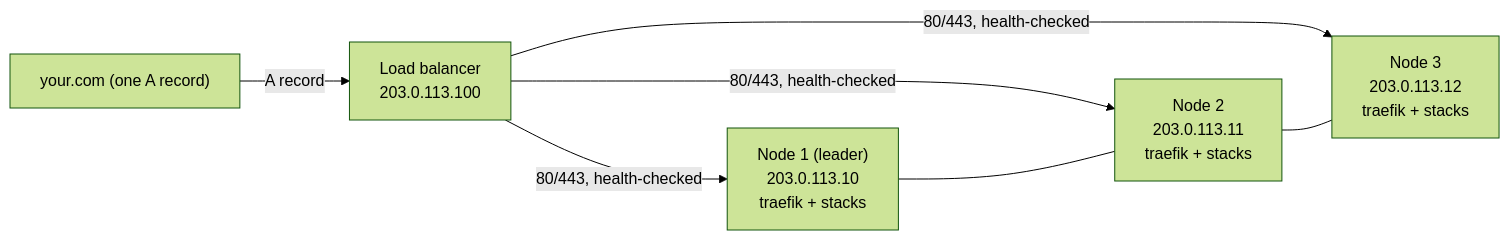
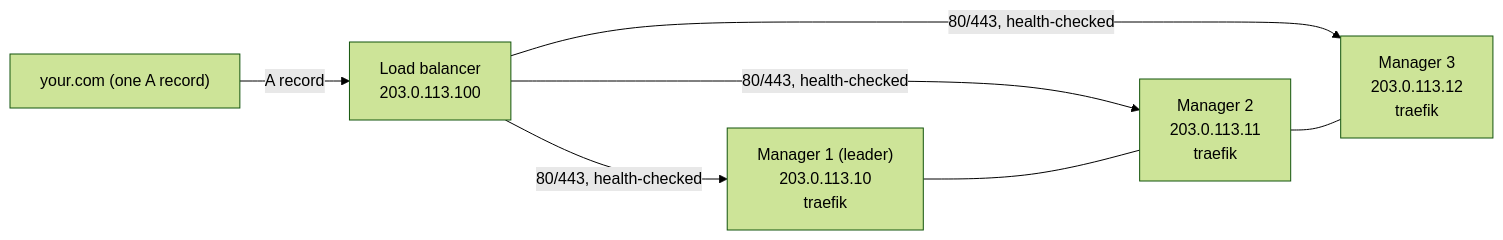
One commit to hazemarian/poor-man-cluster changed the fourth of 7 diagrams in docs/network-topology.md. Above: the diagram before and after it, drawn with Mermaid (forest theme). The commit also changed other lines of this file, not shown here.

Commit message:
docs(network-topology): Option C precision — traefik is mode:global on managers (not spin-up), platform_node pin caveat

````diff
--- a/docs/network-topology.md
+++ b/docs/network-topology.md
@@ -86,13 +86,13 @@
 ```mermaid
 flowchart LR
     D["your.com (one A record)"]
     LB["Load balancer<br/>203.0.113.100"]
-    N1["Node 1 (leader)<br/>203.0.113.10<br/>traefik + stacks"]
-    N2["Node 2<br/>203.0.113.11<br/>traefik + stacks"]
-    N3["Node 3<br/>203.0.113.12<br/>traefik + stacks"]
+    N1["Manager 1 (leader)<br/>203.0.113.10<br/>traefik"]
+    N2["Manager 2<br/>203.0.113.11<br/>traefik"]
+    N3["Manager 3<br/>203.0.113.12<br/>traefik"]
     D -- "A record" --> LB
     LB -- "80/443, health-checked" --> N1
     LB -- "80/443, health-checked" --> N2
     LB -- "80/443, health-checked" --> N3
     N1 --- N2 --- N3
 ```
````
